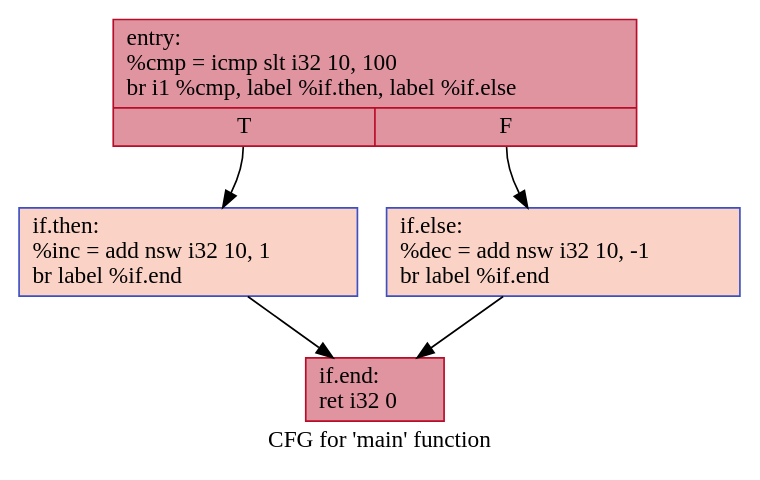
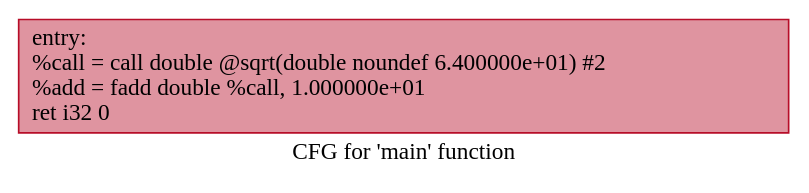
One commit to printerboi/spear changed the diagram in .main.dot. Above: the diagram before and after it, drawn with Graphviz. The commit also changed 11 other files, not shown here.

```diff
--- a/.main.dot
+++ b/.main.dot
@@ -1,12 +1,5 @@
 digraph "CFG for 'main' function" {
 	label="CFG for 'main' function";
 
-	Node0x5586d8d80030 [shape=record,color="#b70d28ff", style=filled, fillcolor="#b70d2870",label="{entry:\l  %cmp = icmp slt i32 10, 100\l  br i1 %cmp, label %if.then, label %if.else\l|{<s0>T|<s1>F}}"];
-	Node0x5586d8d80030:s0 -> Node0x5586d8d81040;
-	Node0x5586d8d80030:s1 -> Node0x5586d8d810b0;
-	Node0x5586d8d81040 [shape=record,color="#3d50c3ff", style=filled, fillcolor="#f59c7d70",label="{if.then:                                          \l  %inc = add nsw i32 10, 1\l  br label %if.end\l}"];
-	Node0x5586d8d81040 -> Node0x5586d8d812c0;
-	Node0x5586d8d810b0 [shape=record,color="#3d50c3ff", style=filled, fillcolor="#f59c7d70",label="{if.else:                                          \l  %dec = add nsw i32 10, -1\l  br label %if.end\l}"];
-	Node0x5586d8d810b0 -> Node0x5586d8d812c0;
-	Node0x5586d8d812c0 [shape=record,color="#b70d28ff", style=filled, fillcolor="#b70d2870",label="{if.end:                                           \l  ret i32 0\l}"];
+	Node0x564f76abd920 [shape=record,color="#b70d28ff", style=filled, fillcolor="#b70d2870",label="{entry:\l  %call = call double @sqrt(double noundef 6.400000e+01) #2\l  %add = fadd double %call, 1.000000e+01\l  ret i32 0\l}"];
 }
```
